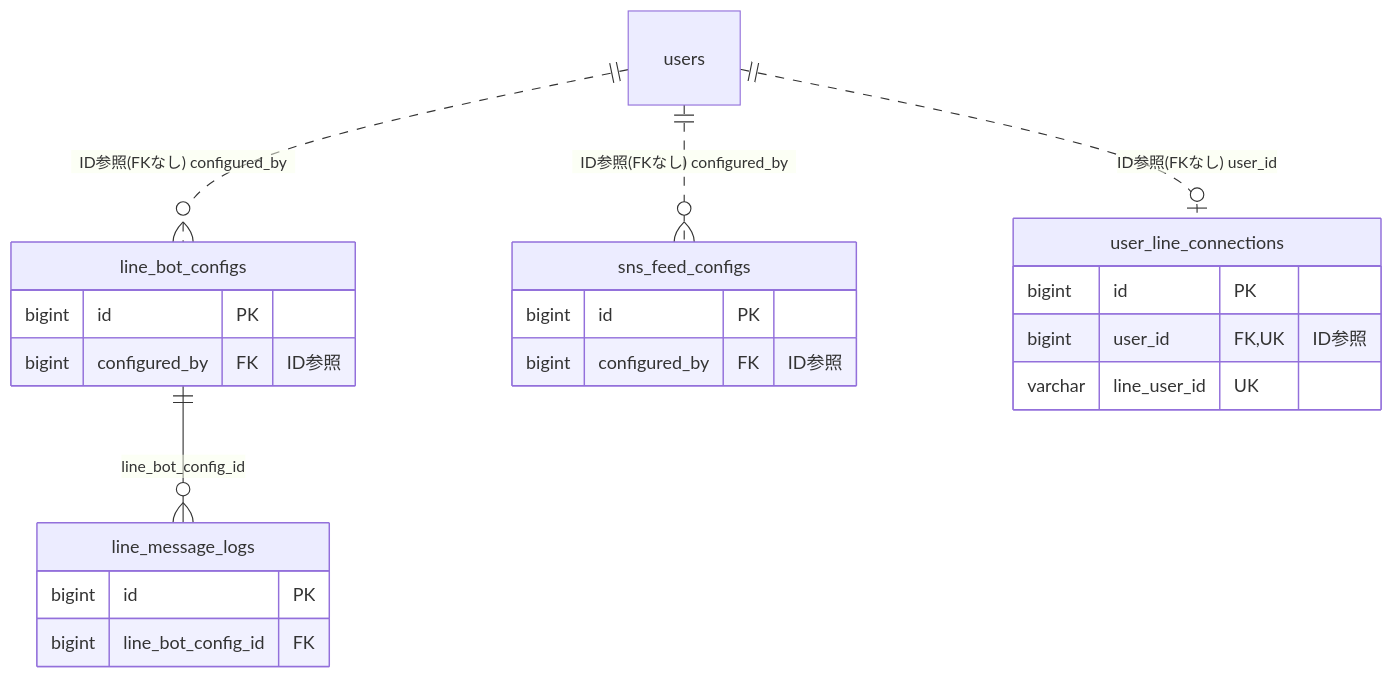
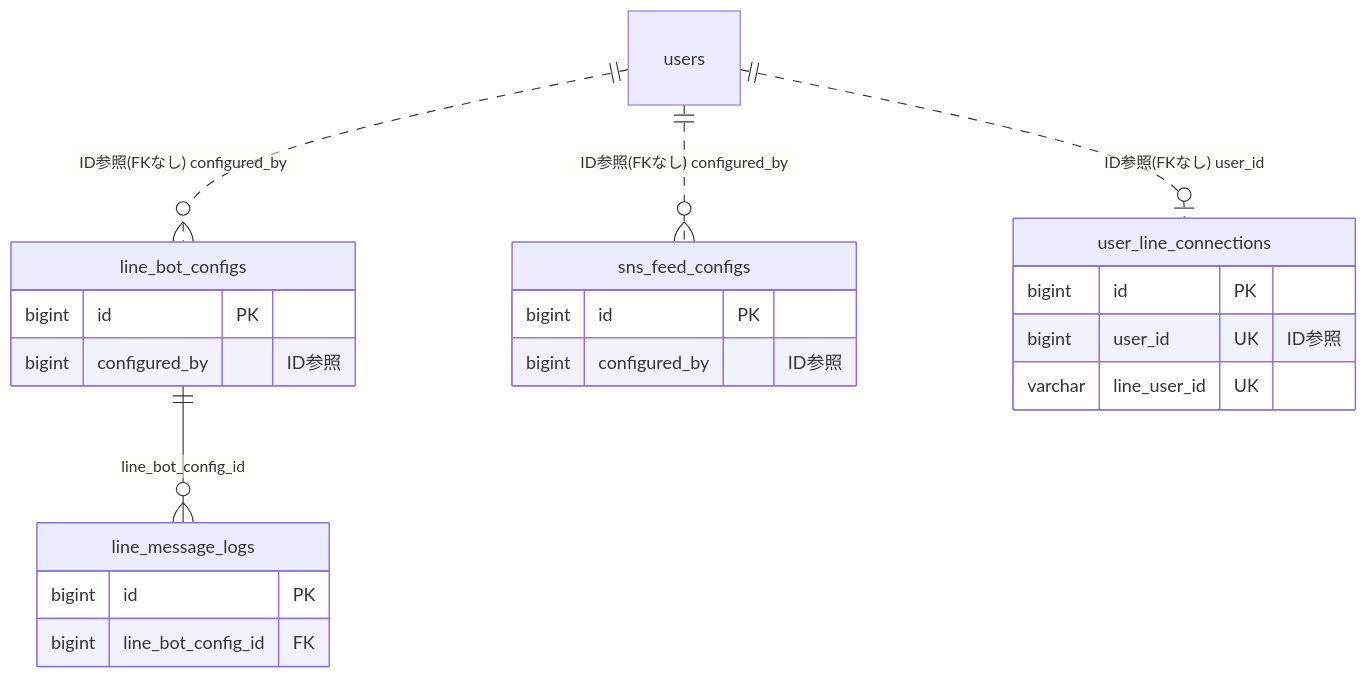
Before and after one commit to kenta-0420/mannschaft: the diagram in docs/architecture/er/line.md, drawn with Mermaid. The commit also changed other lines of this file and 115 other files, not shown here.

Commit message:
改善: ER図のFKマーカーを実FKのみに限定し、被参照の逆引き節とREADME凡例を追加 (PR #4268)

````diff
--- a/docs/architecture/er/line.md
+++ b/docs/architecture/er/line.md
@@ -12,25 +12,25 @@
 ```mermaid
 erDiagram
     line_bot_configs {
         bigint id PK
-        bigint configured_by FK "ID参照"
+        bigint configured_by "ID参照"
     }
     line_message_logs {
         bigint id PK
         bigint line_bot_config_id FK
     }
     sns_feed_configs {
         bigint id PK
-        bigint configured_by FK "ID参照"
+        bigint configured_by "ID参照"
     }
     user_line_connections {
         bigint id PK
-        bigint user_id FK, UK "ID参照"
+        bigint user_id UK "ID参照"
         varchar line_user_id UK
     }
     users
     users ||..o{ line_bot_configs : "ID参照(FKなし) configured_by"
     line_bot_configs ||--o{ line_message_logs : "line_bot_config_id"
     users ||..o{ sns_feed_configs : "ID参照(FKなし) configured_by"
     users ||..o| user_line_connections : "ID参照(FKなし) user_id"
 ```
````
